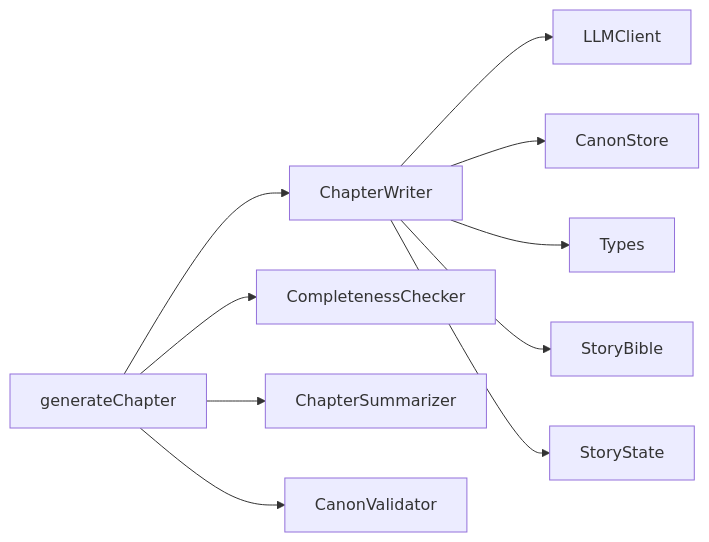
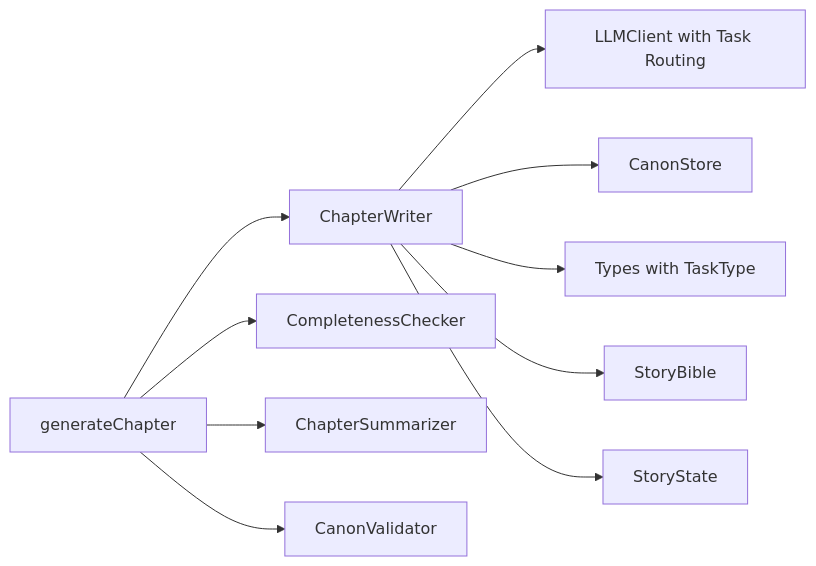
One commit to liwonder/NARRITIVE_OS changed the ninth of 9 diagrams in .qoder/repowiki/en/content/AI Agent System/Writer Agent.md. Above: the diagram before and after it, drawn with Mermaid. The commit also changed other lines of this file and 12 other files, not shown here.

````diff
--- a/.qoder/repowiki/en/content/AI Agent System/Writer Agent.md
+++ b/.qoder/repowiki/en/content/AI Agent System/Writer Agent.md
@@ -379,12 +456,12 @@
 ```mermaid
 graph LR
-Writer["ChapterWriter"] --> LLM["LLMClient"]
+Writer["ChapterWriter"] --> LLM["LLMClient with Task Routing"]
 Writer --> Canon["CanonStore"]
-Writer --> Types["Types"]
+Writer --> Types["Types with TaskType"]
 Pipeline["generateChapter"] --> Writer
 Pipeline --> Completeness["CompletenessChecker"]
 Pipeline --> Summarizer["ChapterSummarizer"]
 Pipeline --> CanonVal["CanonValidator"]
 Writer --> Bible["StoryBible"]
 Writer --> State["StoryState"]
 ```
````
